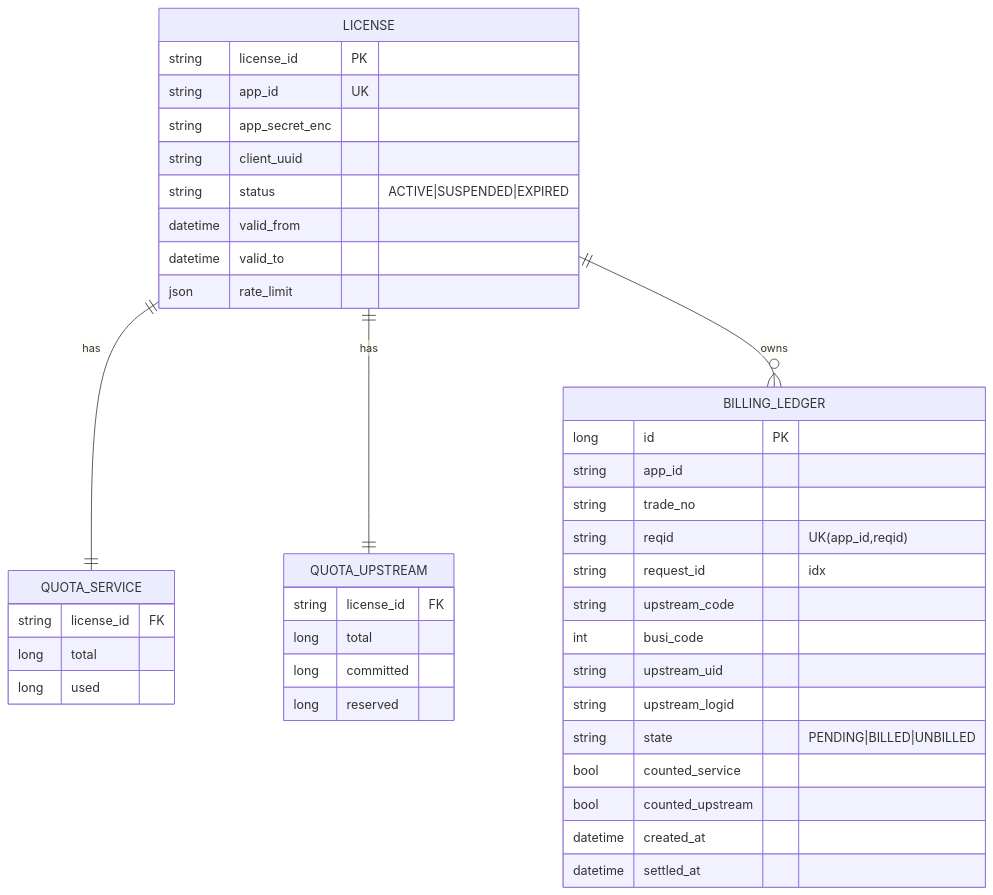
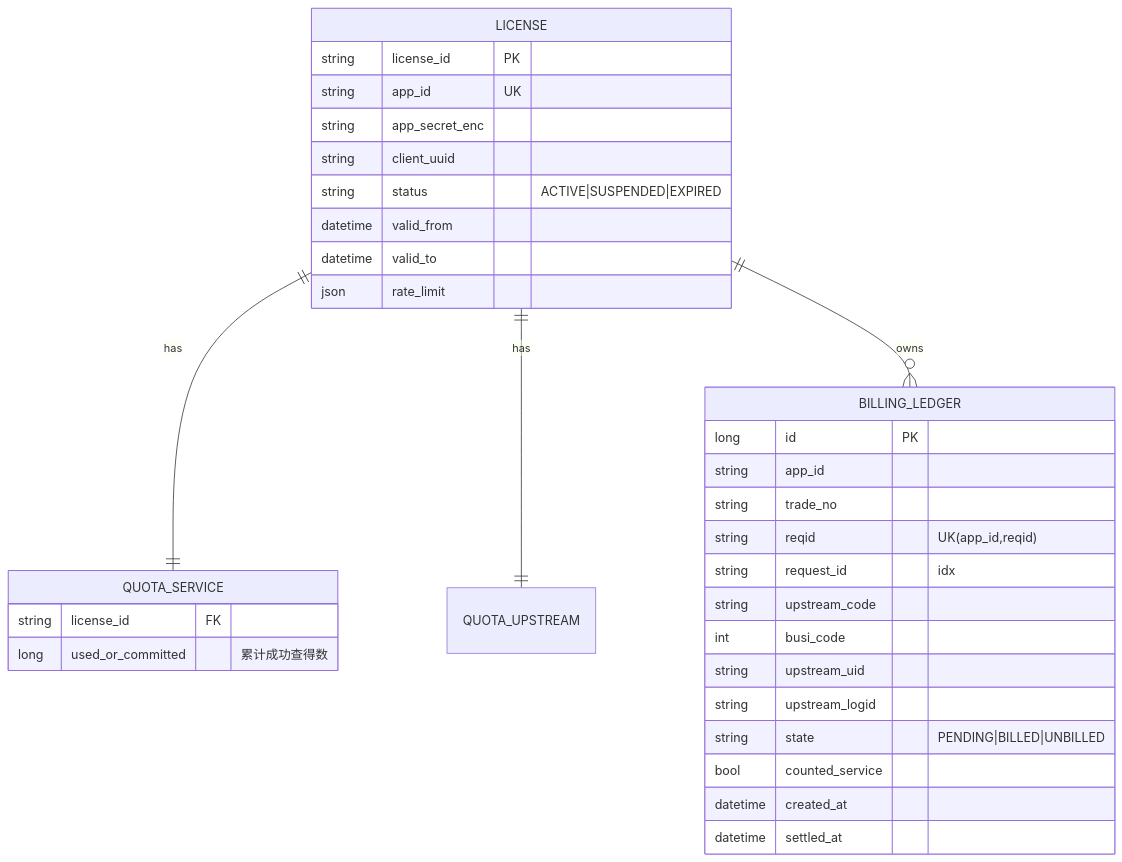
Before and after one commit to YunChen1227/DataHub: the fifth of 8 diagrams in docs/ARCHITECTURE.md, drawn with Mermaid. The commit also changed other lines of this file and 54 other files, not shown here.

````diff
--- a/docs/ARCHITECTURE.md
+++ b/docs/ARCHITECTURE.md
@@ -254,44 +243,36 @@
 ```mermaid
 erDiagram
     LICENSE ||--|| QUOTA_SERVICE : has
     LICENSE ||--|| QUOTA_UPSTREAM : has
     LICENSE ||--o{ BILLING_LEDGER : owns
 
     LICENSE {
         string license_id PK
         string app_id UK
         string app_secret_enc
         string client_uuid
         string status "ACTIVE|SUSPENDED|EXPIRED"
         datetime valid_from
         datetime valid_to
         json rate_limit
     }
     QUOTA_SERVICE {
         string license_id FK
-        long total
-        long used
-    }
-    QUOTA_UPSTREAM {
-        string license_id FK
-        long total
-        long committed
-        long reserved
+        long used_or_committed "累计成功查得数"
     }
     BILLING_LEDGER {
         long id PK
         string app_id
         string trade_no
         string reqid "UK(app_id,reqid)"
         string request_id "idx"
         string upstream_code
         int busi_code
         string upstream_uid
         string upstream_logid
         string state "PENDING|BILLED|UNBILLED"
         bool counted_service
-        bool counted_upstream
         datetime created_at
         datetime settled_at
     }
 ```
````
